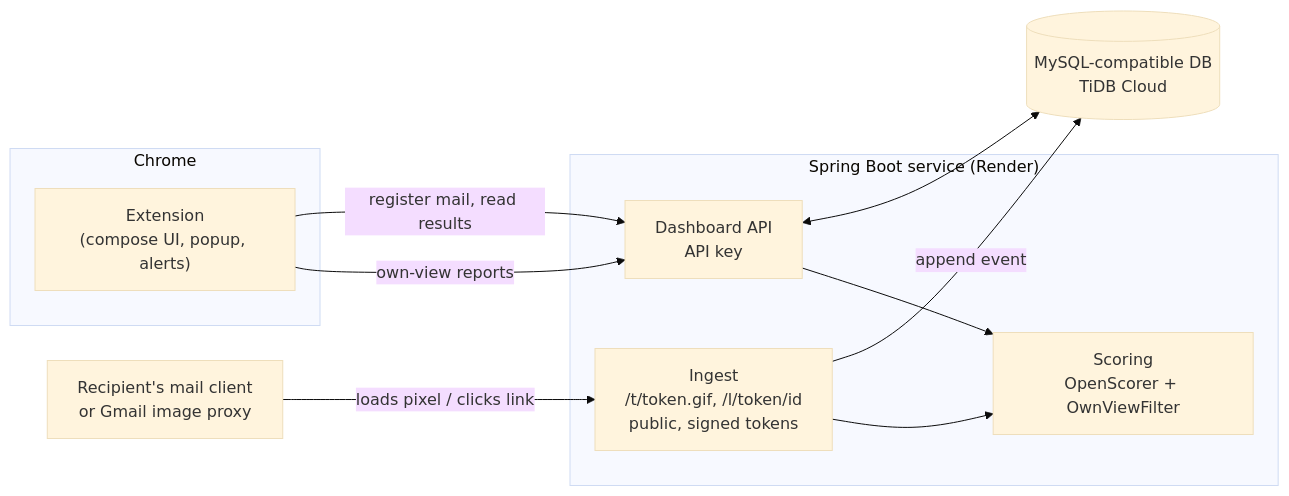
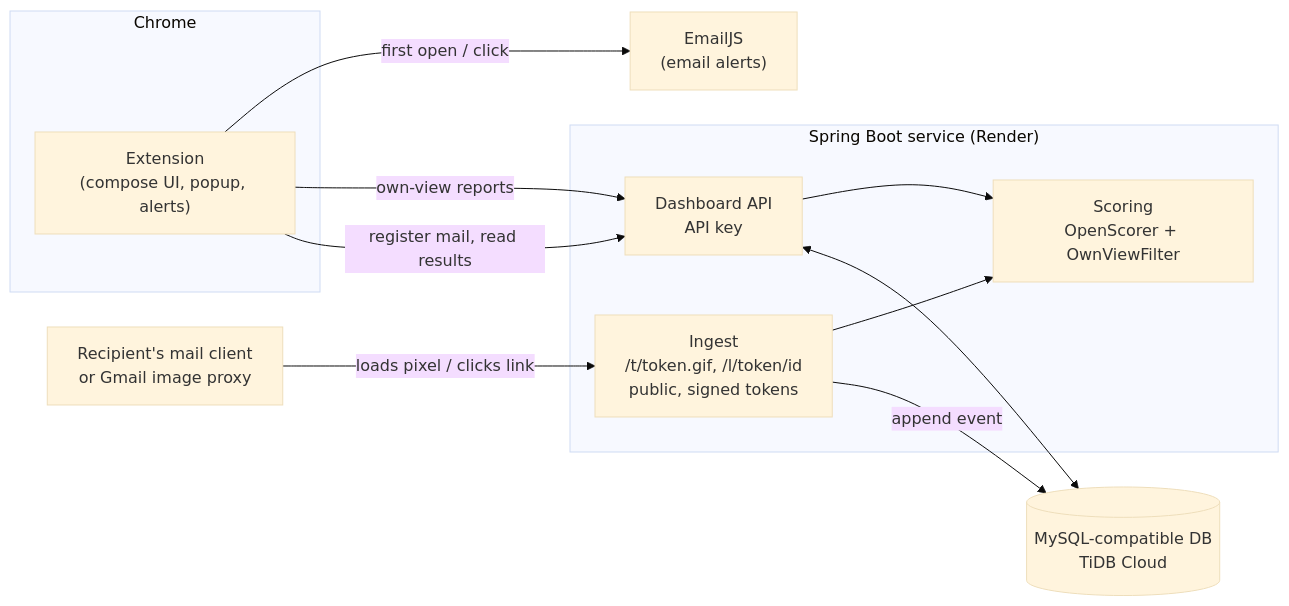
Before and after one commit to Badalsingh25/gmail-open-tracker: the first of 2 diagrams in README.md, drawn with Mermaid (base theme). The commit also changed other lines of this file and 3 other files, not shown here.

````diff
--- a/README.md
+++ b/README.md
@@ -28,21 +167,23 @@
 ```mermaid
 flowchart LR
   subgraph Chrome
     EXT["Extension<br/>(compose UI, popup, alerts)"]
   end
   subgraph Server["Spring Boot service (Render)"]
     API["Dashboard API<br/>API key"]
     ING["Ingest<br/>/t/token.gif, /l/token/id<br/>public, signed tokens"]
     SC["Scoring<br/>OpenScorer + OwnViewFilter"]
   end
   DB[("MySQL-compatible DB<br/>TiDB Cloud")]
   RCPT["Recipient's mail client<br/>or Gmail image proxy"]
+  ALERT["EmailJS<br/>(email alerts)"]
 
   EXT -- "register mail, read results" --> API
   EXT -- "own-view reports" --> API
+  EXT -- "first open / click" --> ALERT
   RCPT -- "loads pixel / clicks link" --> ING
   ING -- "append event" --> DB
   API <--> DB
   API --> SC
   ING --> SC
 ```
````
